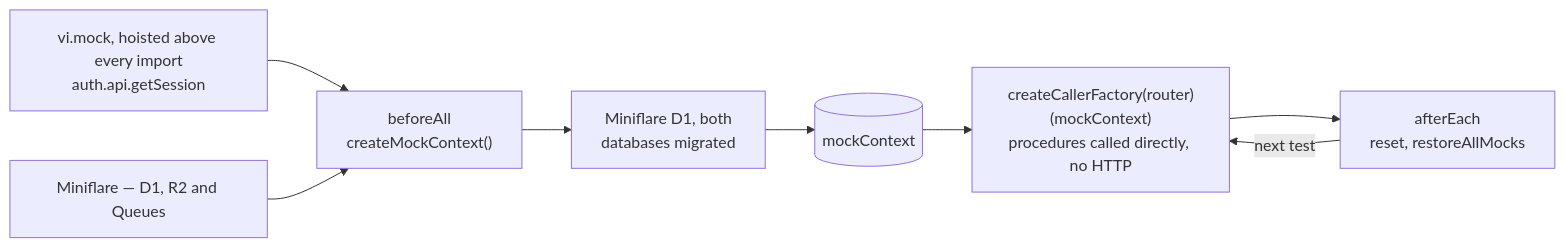
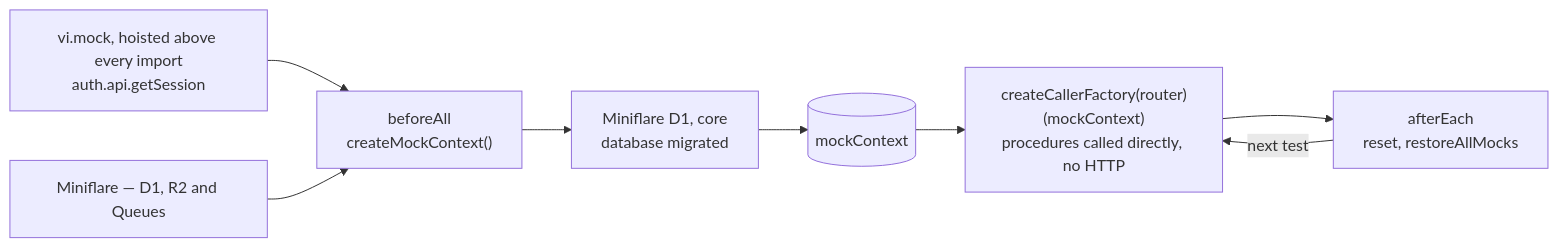
The diagram in openspec/specs/architecture/server-testing/design.md (Esposter/Esposter), drawn with Mermaid before and after one commit. The commit also changed other lines of this file and 22 other files, not shown here.

````diff
--- a/openspec/specs/architecture/server-testing/design.md
+++ b/openspec/specs/architecture/server-testing/design.md
@@ -7,10 +7,10 @@
 ```mermaid
 flowchart LR
   MOCK["vi.mock, hoisted above every import<br/>auth.api.getSession"] --> BA
   MF["Miniflare — D1, R2 and Queues"] --> BA
-  BA["beforeAll<br/>createMockContext()"] --> DB["Miniflare D1, both<br/>databases migrated"]
+  BA["beforeAll<br/>createMockContext()"] --> DB["Miniflare D1, core<br/>database migrated"]
   DB --> CTX[("mockContext")]
   CTX --> CALLER["createCallerFactory(router)(mockContext)<br/>procedures called directly, no HTTP"]
   CALLER --> AE["afterEach<br/>reset, restoreAllMocks"]
   AE -->|"next test"| CALLER
 ```
````
